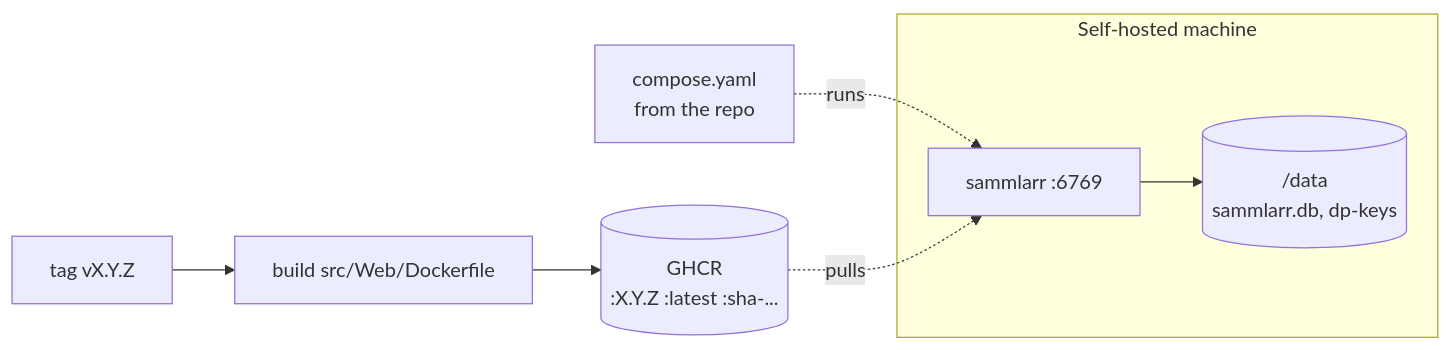
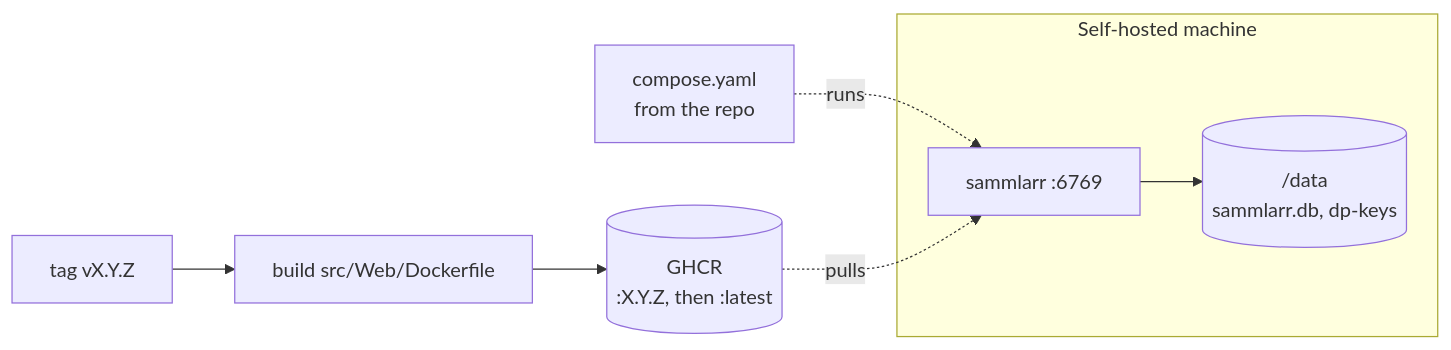
The second of 2 diagrams in docs/architecture/sections/05-deployment.md (daerup/Sammlarr), drawn with Mermaid before and after one commit. The commit also changed other lines of this file and 2 other files, not shown here.

Commit message:
ci: move :latest only after a release is signed and reproduced

````diff
--- a/docs/architecture/sections/05-deployment.md
+++ b/docs/architecture/sections/05-deployment.md
@@ -64,11 +64,11 @@
 ```mermaid
 flowchart LR
   tag["tag vX.Y.Z"] --> build["build src/Web/Dockerfile"]
-  build --> ghcr[("GHCR<br/>:X.Y.Z :latest :sha-...")]
+  build --> ghcr[("GHCR<br/>:X.Y.Z, then :latest")]
   compose["compose.yaml<br/>from the repo"]
   subgraph server["Self-hosted machine"]
     web["sammlarr :6769"] --> vol[("/data<br/>sammlarr.db, dp-keys")]
   end
   compose -.->|runs| web
   ghcr -.->|pulls| web
 ```
````
